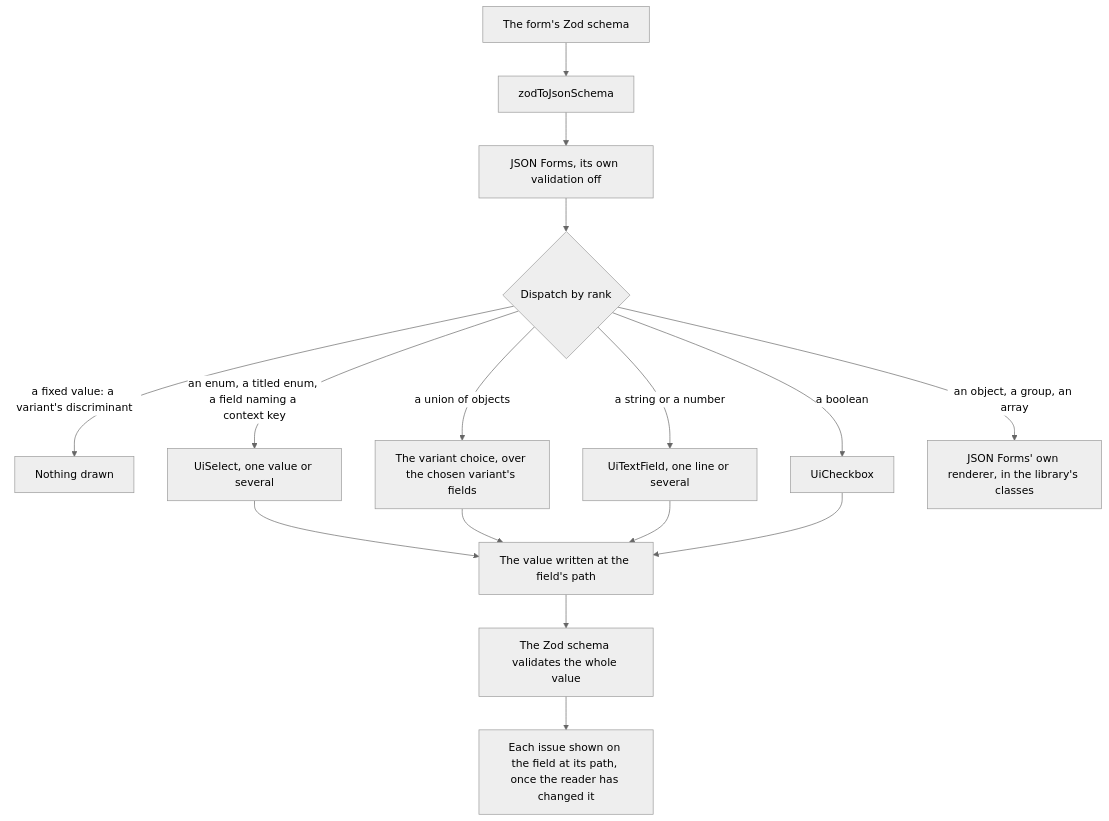
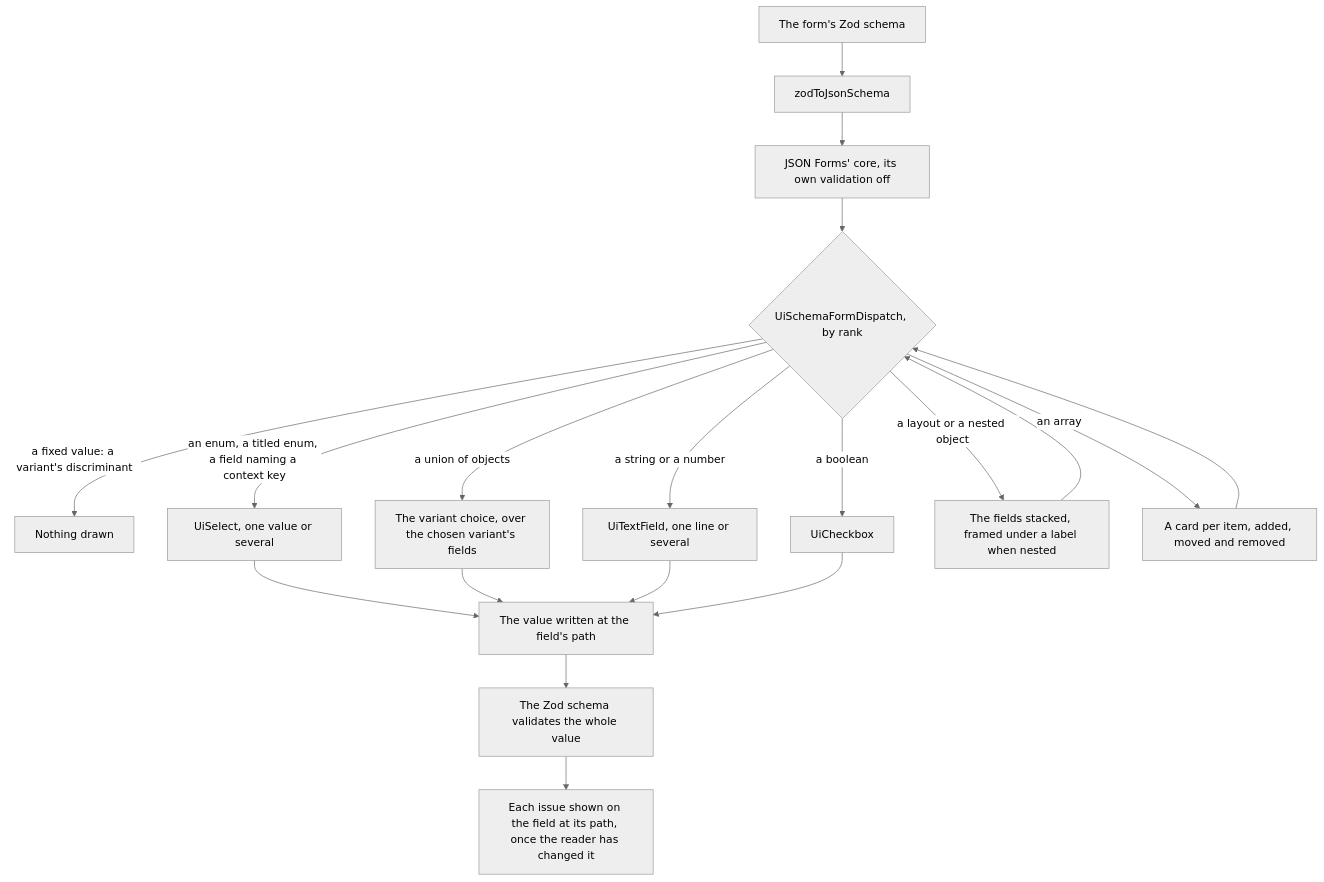
The diagram in apps/web/content/docs/architecture/schema-forms.md (Esposter/Esposter), drawn with Mermaid (neutral theme) before and after one commit. The commit also changed other lines of this file and 25 other files, not shown here.

First line of the commit message:
fix(ui): schema forms render through a Vue shell of our own, and every test runs Vue without the Options API

````diff
--- a/apps/web/content/docs/architecture/schema-forms.md
+++ b/apps/web/content/docs/architecture/schema-forms.md
@@ -12,18 +12,21 @@
 ```mermaid
 flowchart TD
   Z[The form's Zod schema] --> J[zodToJsonSchema]
-  J --> F[JSON Forms, its own validation off]
-  F --> D{Dispatch by rank}
+  J --> F[JSON Forms' core, its own validation off]
+  F --> D{UiSchemaFormDispatch, by rank}
   D -->|a fixed value: a variant's discriminant| H[Nothing drawn]
   D -->|an enum, a titled enum, a field naming a context key| S[UiSelect, one value or several]
   D -->|a union of objects| O[The variant choice, over the chosen variant's fields]
   D -->|a string or a number| T[UiTextField, one line or several]
   D -->|a boolean| C[UiCheckbox]
-  D -->|an object, a group, an array| V[JSON Forms' own renderer, in the library's classes]
+  D -->|a layout or a nested object| L[The fields stacked, framed under a label when nested]
+  D -->|an array| A[A card per item, added, moved and removed]
+  L --> D
+  A --> D
   S --> W[The value written at the field's path]
   O --> W
   T --> W
   C --> W
   W --> Q[The Zod schema validates the whole value]
   Q --> I[Each issue shown on the field at its path, once the reader has changed it]
 ```
````
